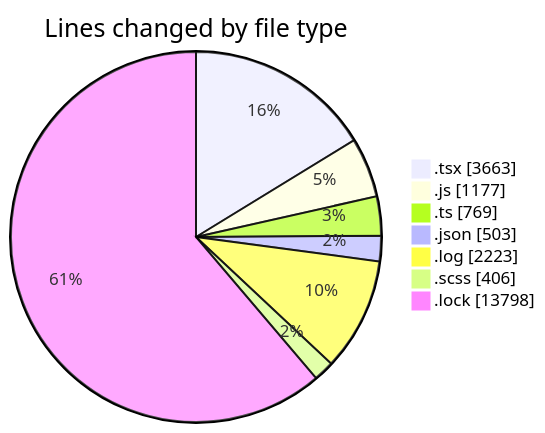
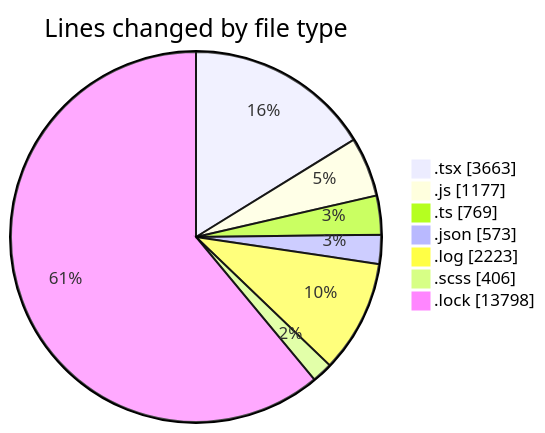
One commit to momahboobian/code-tracking changed the first of 2 diagrams in 2026-04-17/cda/README.md. Above: the diagram before and after it, drawn with Mermaid. The commit also changed other lines of this file and 1 other file, not shown here.

````diff
--- a/2026-04-17/cda/README.md
+++ b/2026-04-17/cda/README.md
@@ -56,11 +57,11 @@
 ```mermaid
 pie showData
 title Lines changed by file type
 ".tsx" : 3663
 ".js" : 1177
 ".ts" : 769
-".json" : 503
+".json" : 573
 ".log" : 2223
 ".scss" : 406
 ".lock" : 13798
 ```
````
